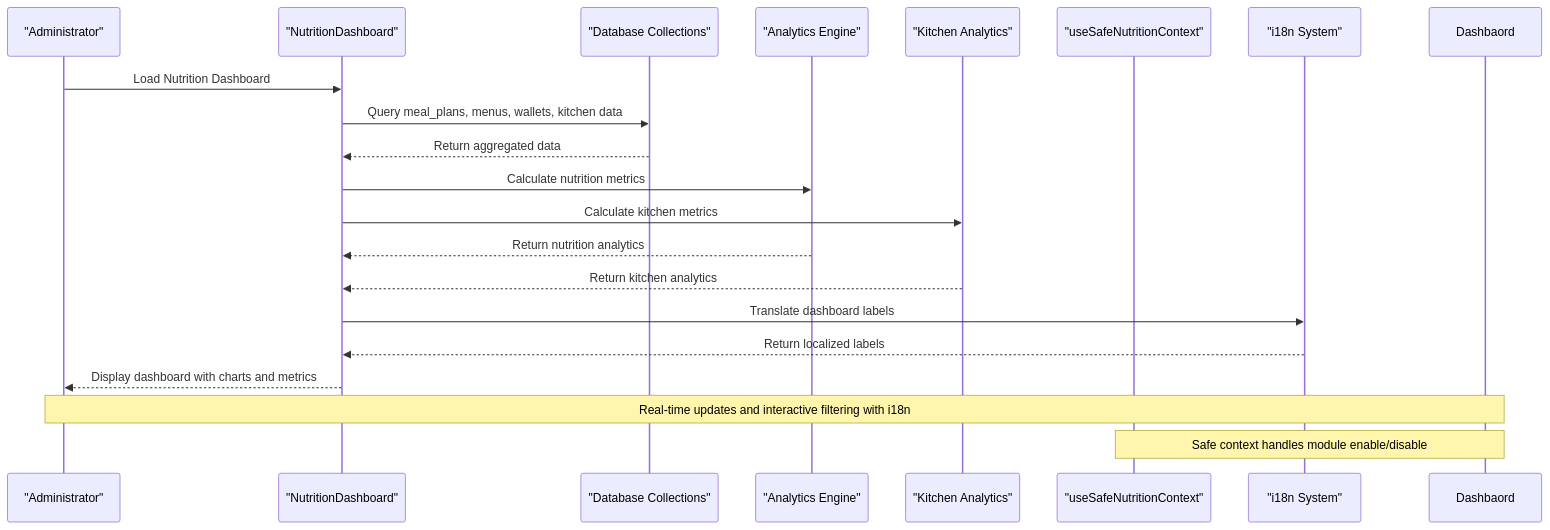
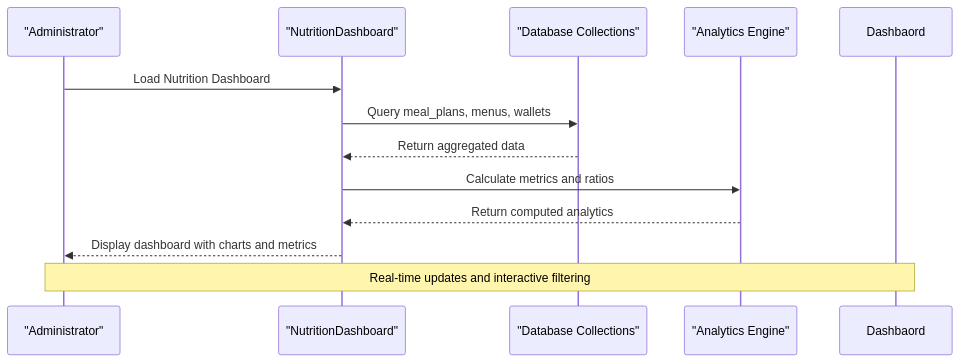
Before and after one commit to geniusdynamics/schoolpilot: the tenth of 10 diagrams in .qoder/repowiki/en/content/Modules System/Nutrition Module.md, drawn with Mermaid. The commit also changed other lines of this file and 311 other files, not shown here.

````diff
--- a/.qoder/repowiki/en/content/Modules System/Nutrition Module.md
+++ b/.qoder/repowiki/en/content/Modules System/Nutrition Module.md
@@ -1622,22 +508,14 @@
 ```mermaid
 sequenceDiagram
 participant User as "Administrator"
 participant Dashboard as "NutritionDashboard"
 participant Data as "Database Collections"
 participant Analytics as "Analytics Engine"
-participant KitchenAnalytics as "Kitchen Analytics"
-participant SafeHook as "useSafeNutritionContext"
-participant I18n as "i18n System"
 User->>Dashboard : Load Nutrition Dashboard
-Dashboard->>Data : Query meal_plans, menus, wallets, kitchen data
+Dashboard->>Data : Query meal_plans, menus, wallets
 Data-->>Dashboard : Return aggregated data
-Dashboard->>Analytics : Calculate nutrition metrics
-Dashboard->>KitchenAnalytics : Calculate kitchen metrics
-Analytics-->>Dashboard : Return nutrition analytics
-KitchenAnalytics-->>Dashboard : Return kitchen analytics
-Dashboard->>I18n : Translate dashboard labels
-I18n-->>Dashboard : Return localized labels
+Dashboard->>Analytics : Calculate metrics and ratios
+Analytics-->>Dashboard : Return computed analytics
 Dashboard-->>User : Display dashboard with charts and metrics
-Note over User,Dashbaord : Real-time updates and interactive filtering with i18n
-Note over SafeHook,Dashbaord : Safe context handles module enable/disable
+Note over User,Dashbaord : Real-time updates and interactive filtering
 ```
````
